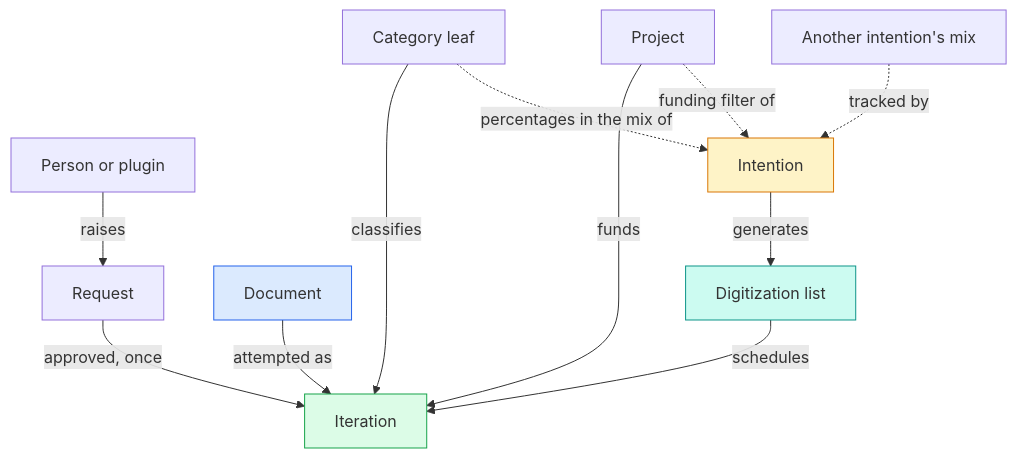
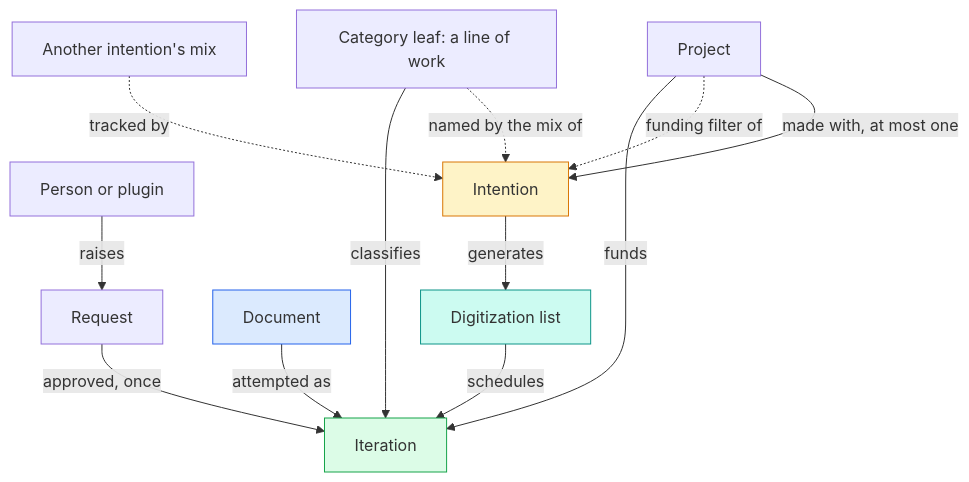
One commit to moravianlibrary/vera changed the diagram in docs/design/shared/entities/concepts.md. Above: the diagram before and after it, drawn with Mermaid. The commit also changed other lines of this file and 13 other files, not shown here.

First line of the commit message:
docs(design): define category, mix, intention and project, each with one job

````diff
--- a/docs/design/shared/entities/concepts.md
+++ b/docs/design/shared/entities/concepts.md
@@ -204,19 +285,20 @@
 ```mermaid
 flowchart TB
     P[Person or plugin] -->|raises| R[Request]
     R -->|approved, once| I[Iteration]
     D[Document] -->|attempted as| I
-    C[Category leaf] -->|classifies| I
+    C[Category leaf: a line of work] -->|classifies| I
     PR[Project] -->|funds| I
 
     OV[Another intention's mix] -.->|tracked by| IN[Intention]
     PR -.->|funding filter of| IN
-    C -.->|percentages in the mix of| IN
+    PR -->|made with, at most one| IN
+    C -.->|named by the mix of| IN
     IN -->|generates| L[Digitization list]
     L -->|schedules| I
 
     style D fill:#dbeafe,stroke:#2563eb
     style I fill:#dcfce7,stroke:#16a34a
     style IN fill:#fef3c7,stroke:#d97706
     style L fill:#ccfbf1,stroke:#0d9488
 ```
````
